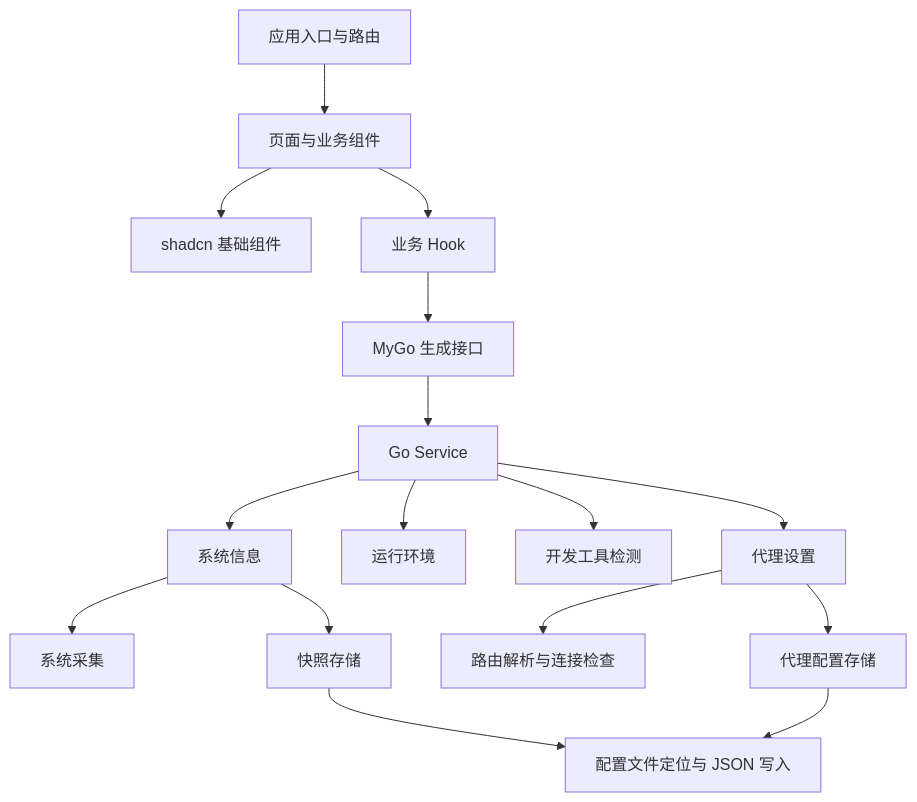
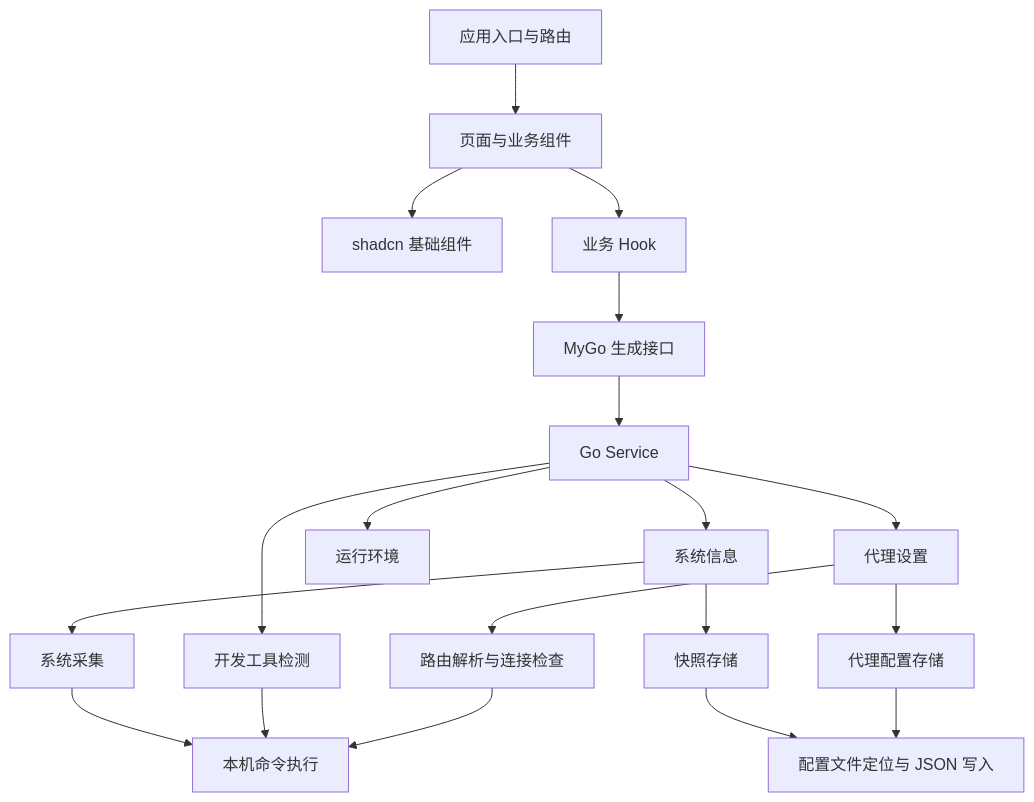
One commit to msola-ht/devbox changed the diagram in ARCHITECTURE.md. Above: the diagram before and after it, drawn with Mermaid. The commit also changed other lines of this file and 42 other files, not shown here.

````diff
--- a/ARCHITECTURE.md
+++ b/ARCHITECTURE.md
@@ -33,18 +34,21 @@
 ```mermaid
 flowchart TD
     Entry[应用入口与路由] --> View[页面与业务组件]
     View --> UI[shadcn 基础组件]
     View --> Hook[业务 Hook]
     Hook --> Client[MyGo 生成接口]
     Client --> Service[Go Service]
     Service --> System[系统信息]
     Service --> Environment[运行环境]
     Service --> DevTools[开发工具检测]
     Service --> Proxy[代理设置]
     System --> Collector[系统采集]
     System --> Snapshot[快照存储]
     Proxy --> Network[路由解析与连接检查]
     Proxy --> Settings[代理配置存储]
     Snapshot --> ConfigFile[配置文件定位与 JSON 写入]
     Settings --> ConfigFile
+    Collector --> Command[本机命令执行]
+    DevTools --> Command
+    Network --> Command
 ```
````
